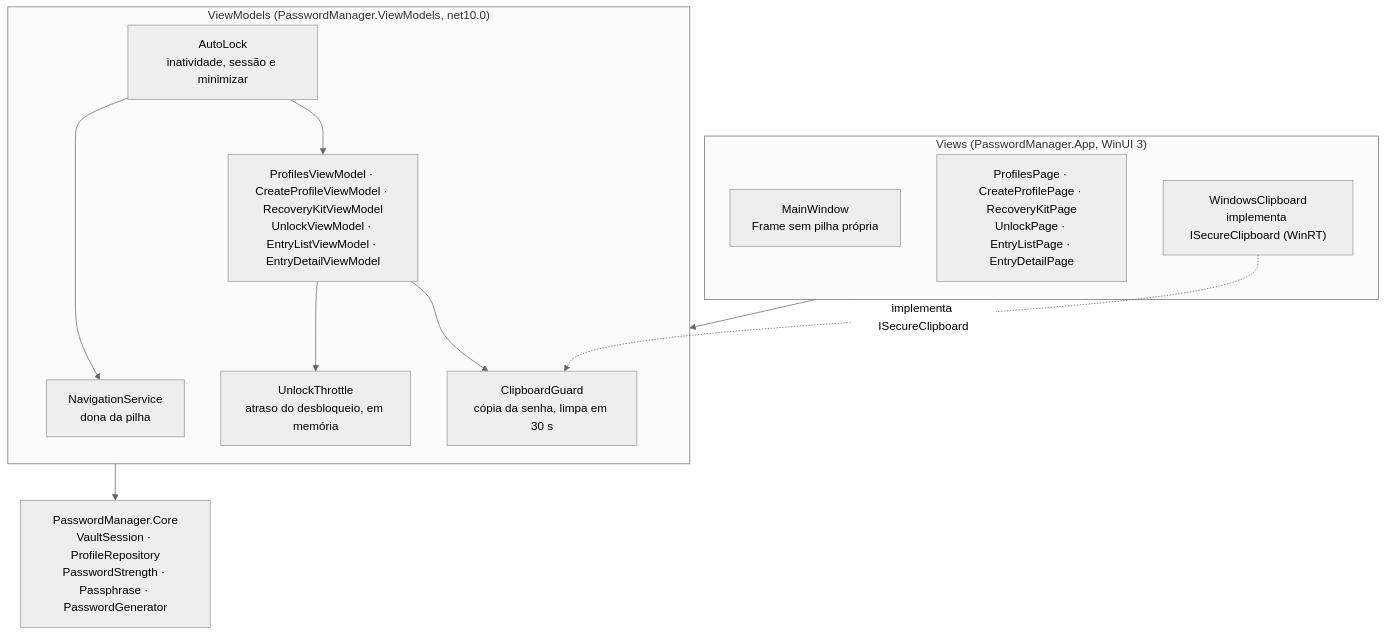
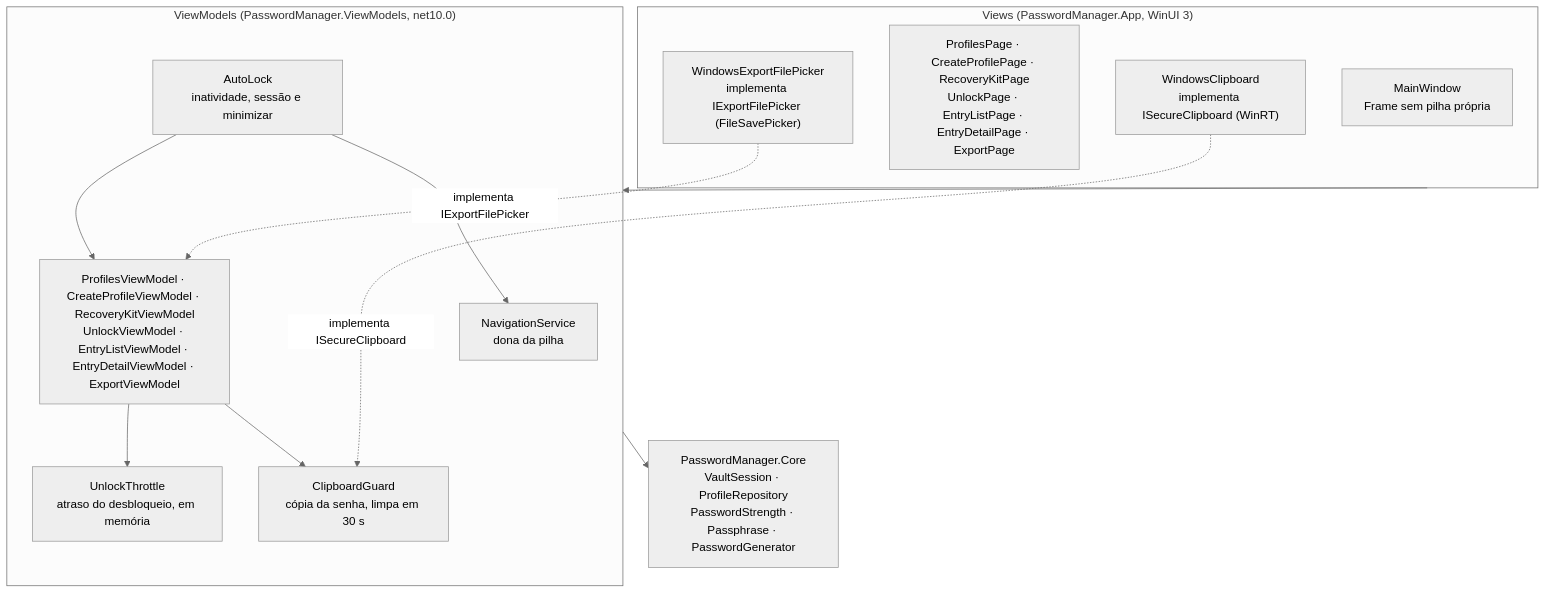
Before and after one commit to lucas-llb/passwordManagement: the sixth of 7 diagrams in docs/architecture.md, drawn with Mermaid (neutral theme). The commit also changed other lines of this file and 28 other files, not shown here.

First line of the commit message:
Add encrypted .pmvault export to the entry list (W-23)

````diff
--- a/docs/architecture.md
+++ b/docs/architecture.md
@@ -360,22 +373,24 @@
 ```mermaid
 flowchart TB
     subgraph Views["Views (PasswordManager.App, WinUI 3)"]
         MW["MainWindow<br/>Frame sem pilha própria"]
-        PG["ProfilesPage · CreateProfilePage · RecoveryKitPage<br/>UnlockPage · EntryListPage · EntryDetailPage"]
+        PG["ProfilesPage · CreateProfilePage · RecoveryKitPage<br/>UnlockPage · EntryListPage · EntryDetailPage · ExportPage"]
         CB["WindowsClipboard<br/>implementa ISecureClipboard (WinRT)"]
+        FP["WindowsExportFilePicker<br/>implementa IExportFilePicker (FileSavePicker)"]
     end
     subgraph VMs["ViewModels (PasswordManager.ViewModels, net10.0)"]
         NS["NavigationService<br/>dona da pilha"]
-        VM["ProfilesViewModel · CreateProfileViewModel · RecoveryKitViewModel<br/>UnlockViewModel · EntryListViewModel · EntryDetailViewModel"]
+        VM["ProfilesViewModel · CreateProfileViewModel · RecoveryKitViewModel<br/>UnlockViewModel · EntryListViewModel · EntryDetailViewModel · ExportViewModel"]
         UT["UnlockThrottle<br/>atraso do desbloqueio, em memória"]
         VM --> UT
         CG["ClipboardGuard<br/>cópia da senha, limpa em 30 s"]
         VM --> CG
         AL["AutoLock<br/>inatividade, sessão e minimizar"]
         AL --> NS
         AL --> VM
     end
     CORE["PasswordManager.Core<br/>VaultSession · ProfileRepository<br/>PasswordStrength · Passphrase · PasswordGenerator"]
     Views --> VMs --> CORE
     CB -.->|"implementa ISecureClipboard"| CG
+    FP -.->|"implementa IExportFilePicker"| VM
 ```
````
